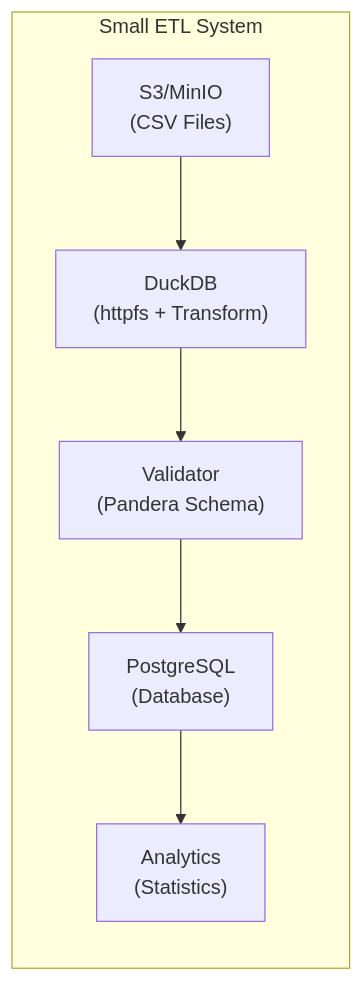
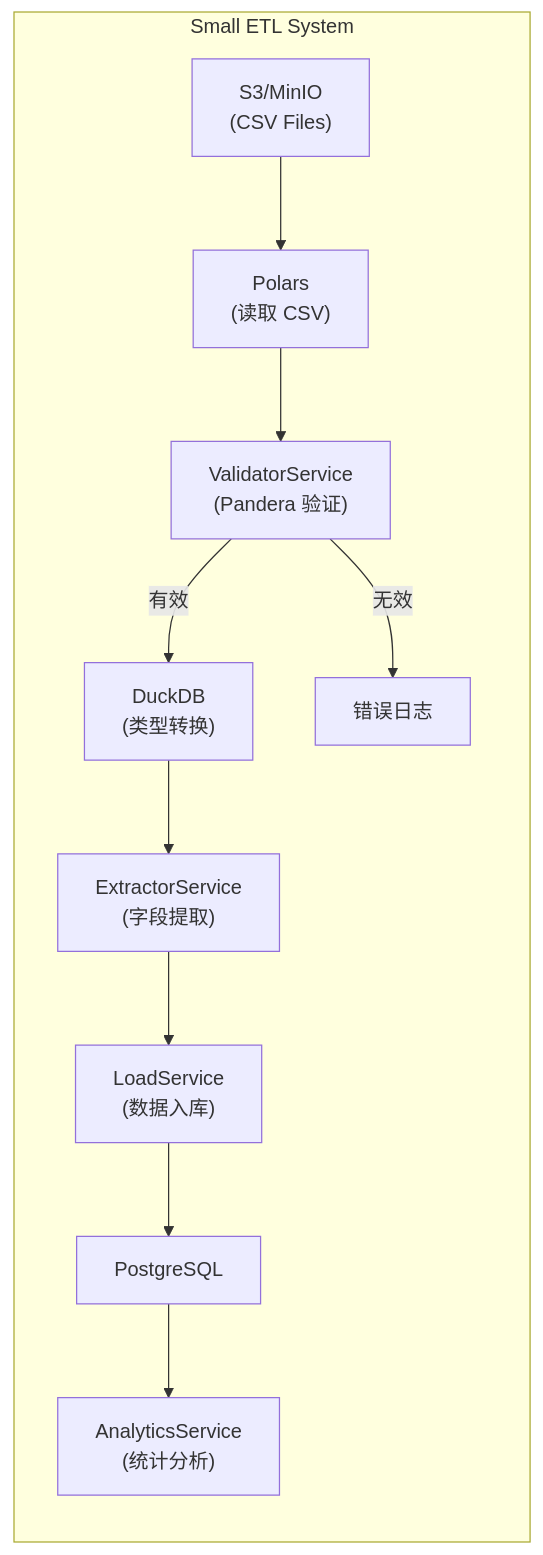
One commit to zhj0513/small_etl changed the first of 8 diagrams in doc/architecture.md. Above: the diagram before and after it, drawn with Mermaid. The commit also changed other lines of this file and 3 other files, not shown here.

````diff
--- a/doc/architecture.md
+++ b/doc/architecture.md
@@ -9,9 +9,13 @@
 ```mermaid
 flowchart LR
     subgraph SYS["Small ETL System"]
-        S3["S3/MinIO\n(CSV Files)"] --> DuckDB["DuckDB\n(httpfs + Transform)"]
-        DuckDB --> Validator["Validator\n(Pandera Schema)"]
-        Validator --> PG["PostgreSQL\n(Database)"]
-        PG --> Analytics["Analytics\n(Statistics)"]
+        S3["S3/MinIO\n(CSV Files)"] --> Polars["Polars\n(读取 CSV)"]
+        Polars --> Validator["ValidatorService\n(Pandera 验证)"]
+        Validator -->|有效| DuckDB["DuckDB\n(类型转换)"]
+        Validator -->|无效| Log["错误日志"]
+        DuckDB --> Extract["ExtractorService\n(字段提取)"]
+        Extract --> Load["LoadService\n(数据入库)"]
+        Load --> PG["PostgreSQL"]
+        PG --> Analytics["AnalyticsService\n(统计分析)"]
     end
 ```
````
